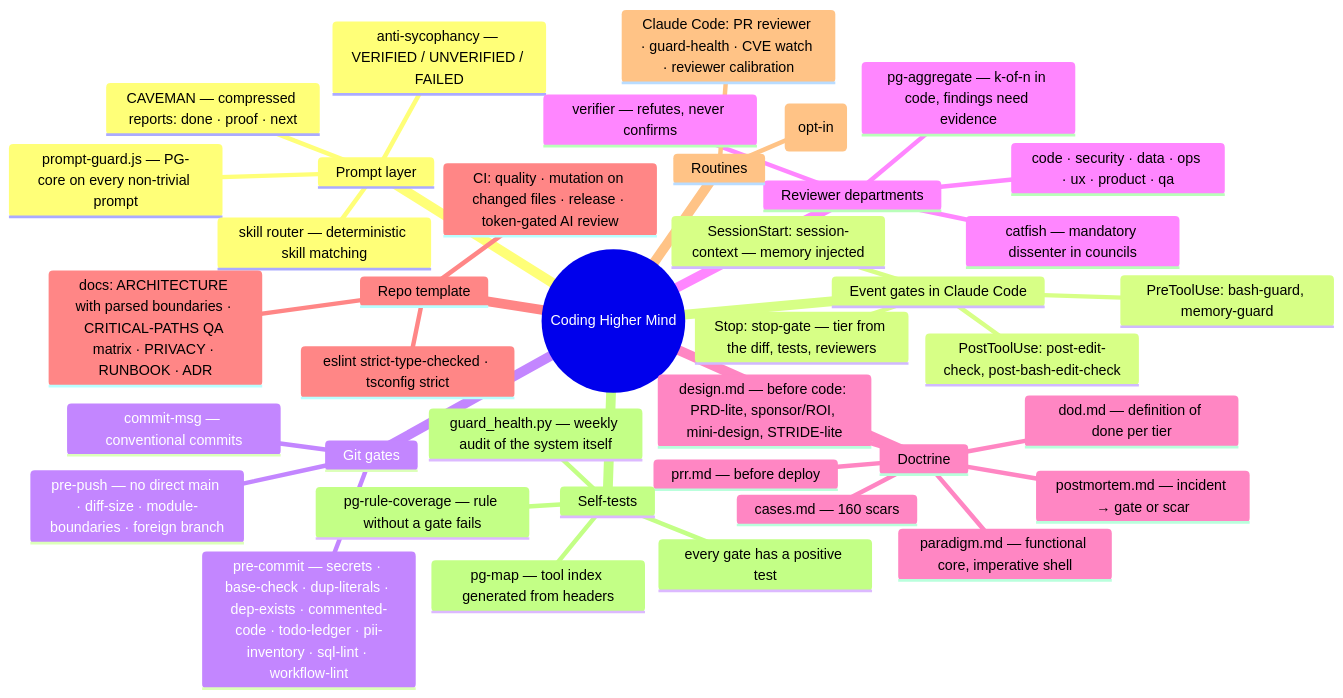
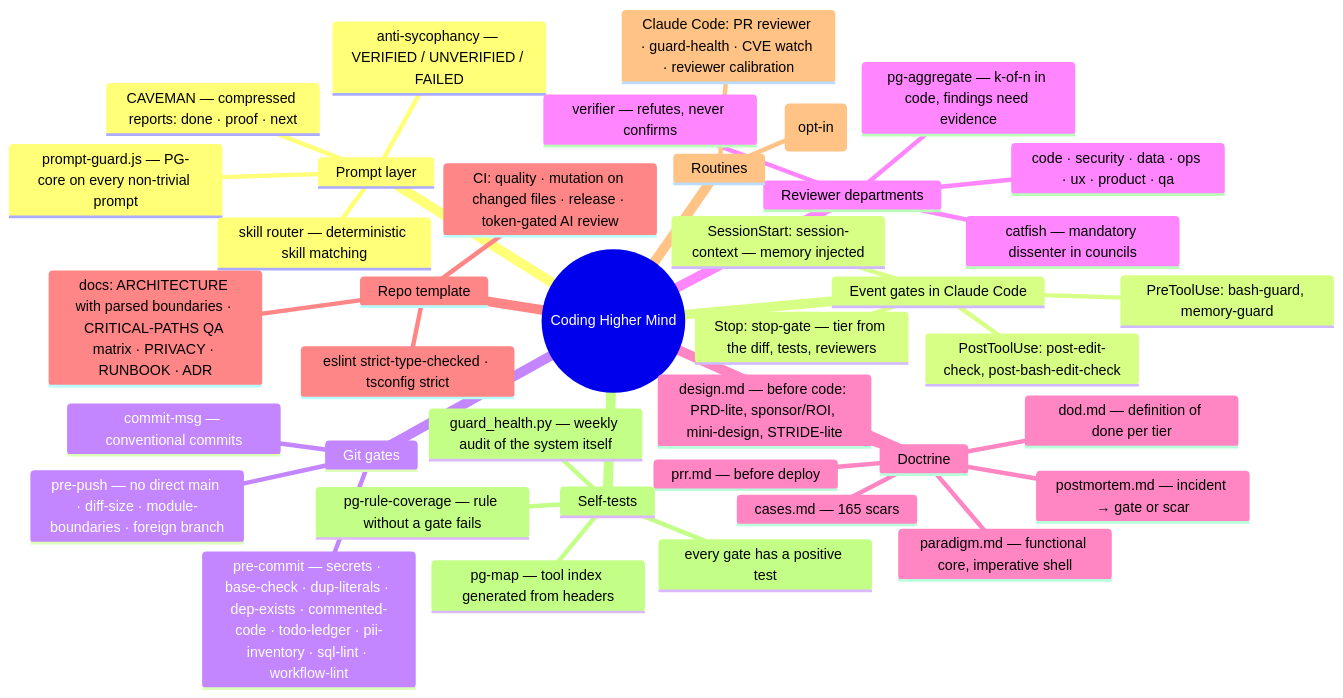
One commit to kamiljan11/coding-higher-mind changed the first of 4 diagrams in docs/ARCHITECTURE.md. Above: the diagram before and after it, drawn with Mermaid. The commit also changed other lines of this file and 79 other files, not shown here.

````diff
--- a/docs/ARCHITECTURE.md
+++ b/docs/ARCHITECTURE.md
@@ -8,42 +8,42 @@
 ```mermaid
 mindmap
   root((Coding Higher Mind))
     Prompt layer
       prompt-guard.js — PG-core on every non-trivial prompt
       CAVEMAN — compressed reports: done · proof · next
       anti-sycophancy — VERIFIED / UNVERIFIED / FAILED
       skill router — deterministic skill matching
     Event gates in Claude Code
       PreToolUse: bash-guard, memory-guard
       PostToolUse: post-edit-check, post-bash-edit-check
       Stop: stop-gate — tier from the diff, tests, reviewers
       SessionStart: session-context — memory injected
     Git gates
       commit-msg — conventional commits
       pre-commit — secrets · base-check · dup-literals · dep-exists · commented-code · todo-ledger · pii-inventory · sql-lint · workflow-lint
       pre-push — no direct main · diff-size · module-boundaries · foreign branch
     Reviewer departments
       code · security · data · ops · ux · product · qa
       verifier — refutes, never confirms
       catfish — mandatory dissenter in councils
       pg-aggregate — k-of-n in code, findings need evidence
     Doctrine
       design.md — before code: PRD-lite, sponsor/ROI, mini-design, STRIDE-lite
       dod.md — definition of done per tier
       prr.md — before deploy
       postmortem.md — incident → gate or scar
       paradigm.md — functional core, imperative shell
-      cases.md — 160 scars
+      cases.md — 165 scars
     Repo template
       CI: quality · mutation on changed files · release · token-gated AI review
       docs: ARCHITECTURE with parsed boundaries · CRITICAL-PATHS QA matrix · PRIVACY · RUNBOOK · ADR
       eslint strict-type-checked · tsconfig strict
     Routines
       Claude Code: PR reviewer · guard-health · CVE watch · reviewer calibration
       Cowork: watchdog · backup+restore · sessions→memory · weekly report · self-evolution (opt-in)
     Self-tests
       every gate has a positive test
       pg-rule-coverage — rule without a gate fails
       pg-map — tool index generated from headers
       guard_health.py — weekly audit of the system itself
 ```
````
